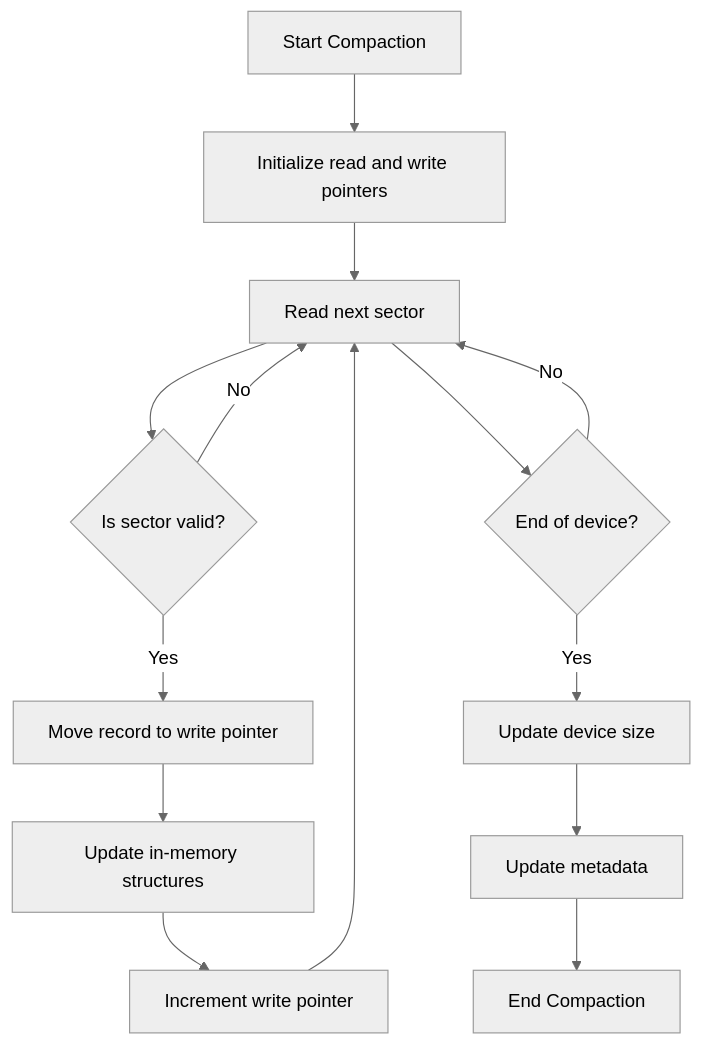
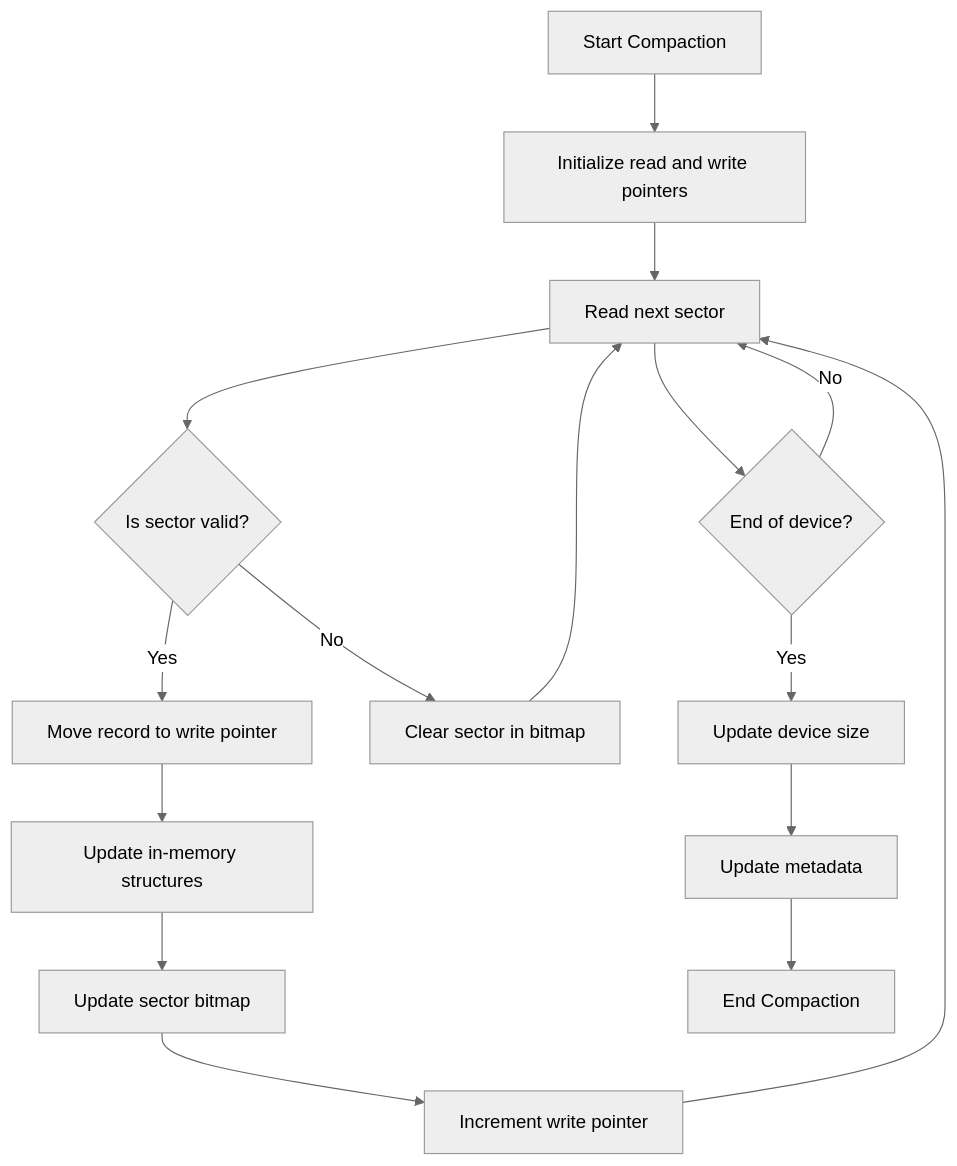
Before and after one commit to mehrantsi/high-performance-kv-store: the third of 10 diagrams in TechnicalDesign.md, drawn with Mermaid (neutral theme). The commit also changed other lines of this file, not shown here.

````diff
--- a/TechnicalDesign.md
+++ b/TechnicalDesign.md
@@ -377,16 +351,18 @@
 ```mermaid
 flowchart TD
 A[Start Compaction] --> B[Initialize read and write pointers]
 B --> C[Read next sector]
 C --> D{Is sector valid?}
 D -- Yes --> E[Move record to write pointer]
 E --> F[Update in-memory structures]
-F --> G[Increment write pointer]
-G --> C
-D -- No --> C
-C --> H{End of device?}
-H -- No --> C
-H -- Yes --> I[Update device size]
-I --> J[Update metadata]
-J --> K[End Compaction]
+F --> G[Update sector bitmap]
+G --> H[Increment write pointer]
+H --> C
+D -- No --> I[Clear sector in bitmap]
+I --> C
+C --> J{End of device?}
+J -- No --> C
+J -- Yes --> K[Update device size]
+K --> L[Update metadata]
+L --> M[End Compaction]
 ```
````
